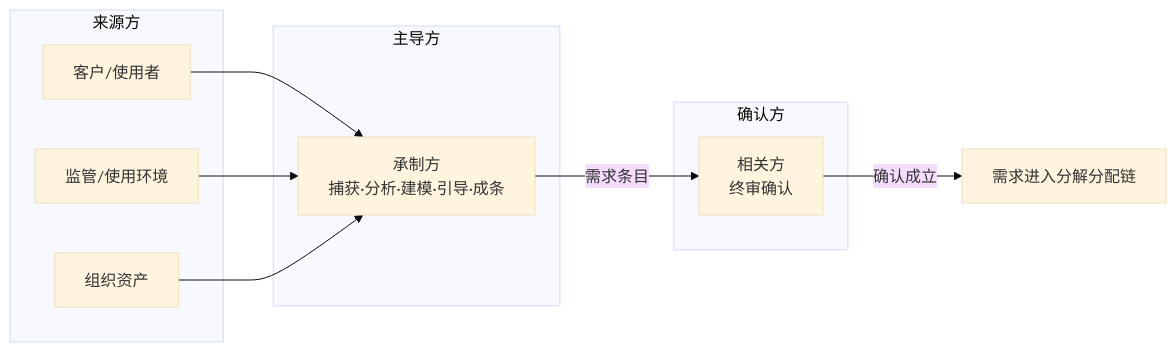
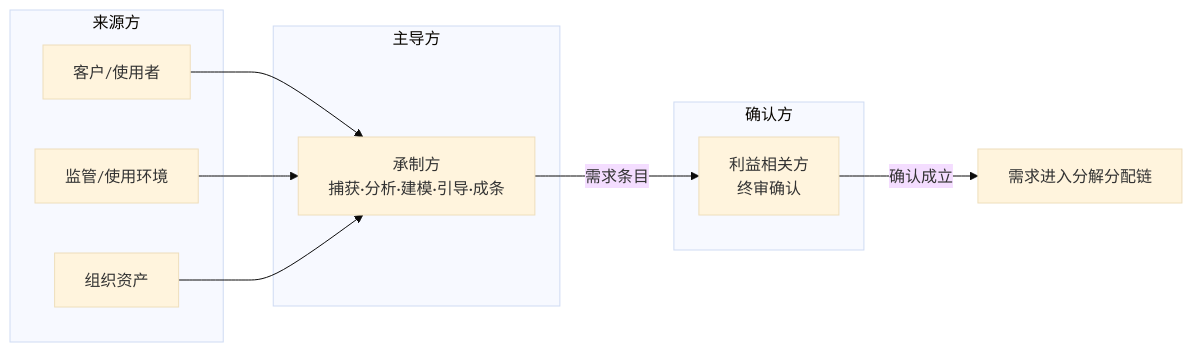
The fourth of 7 diagrams in 100-subprojects/01-系统工程研究/00-系统工程相关研究报告/09-产品需求完整性研究报告-从三类需求到验证载体.md (Yongjunzhou/AOS-system-design), drawn with Mermaid (base theme) before and after one commit. The commit also changed other lines of this file and 38 other files, not shown here.

````diff
--- a/100-subprojects/01-系统工程研究/00-系统工程相关研究报告/09-产品需求完整性研究报告-从三类需求到验证载体.md
+++ b/100-subprojects/01-系统工程研究/00-系统工程相关研究报告/09-产品需求完整性研究报告-从三类需求到验证载体.md
@@ -270,19 +280,19 @@
 ```mermaid
 flowchart LR
     subgraph 来源方
         S1[客户/使用者]
         S2[监管/使用环境]
         S3[组织资产]
     end
     subgraph 主导方
         M[承制方<br/>捕获·分析·建模·引导·成条]
     end
     subgraph 确认方
-        R[相关方<br/>终审确认]
+        R[利益相关方<br/>终审确认]
     end
     S1 --> M
     S2 --> M
     S3 --> M
     M -->|需求条目| R
     R -->|确认成立| D[需求进入分解分配链]
 ```
````
